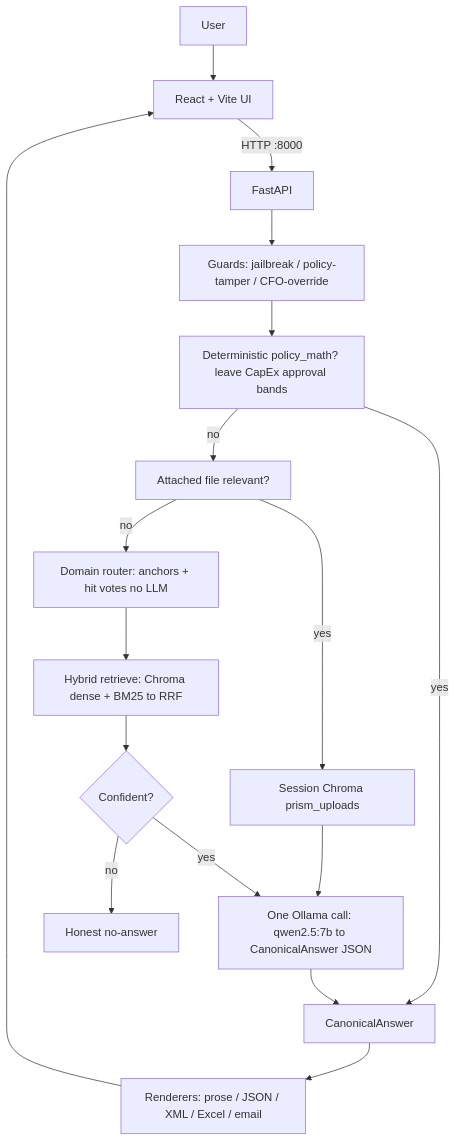
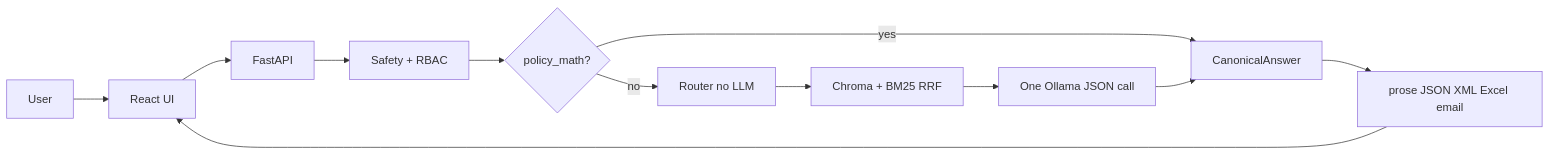
Before and after one commit to aryan-dani/Prism: the diagram in docs/assets/diagram_architecture.mmd, drawn with Mermaid. The commit also changed 48 other files, not shown here.

```diff
--- a/docs/assets/diagram_architecture.mmd
+++ b/docs/assets/diagram_architecture.mmd
@@ -1,17 +1,12 @@
-flowchart TD
-    User["User"] --> UI["React + Vite UI"]
-    UI -->|"HTTP :8000"| API["FastAPI"]
-    API --> Guards["Guards: jailbreak / policy-tamper / CFO-override"]
-    Guards --> PolicyMath["Deterministic policy_math? leave CapEx approval bands"]
-    PolicyMath -->|"yes"| Answer["CanonicalAnswer"]
-    PolicyMath -->|"no"| UploadGate["Attached file relevant?"]
-    UploadGate -->|"yes"| UploadRetrieve["Session Chroma prism_uploads"]
-    UploadGate -->|"no"| Router["Domain router: anchors + hit votes no LLM"]
-    Router --> Retrieve["Hybrid retrieve: Chroma dense + BM25 to RRF"]
-    UploadRetrieve --> Generate
-    Retrieve --> Confident{"Confident?"}
-    Confident -->|"no"| NoAnswer["Honest no-answer"]
-    Confident -->|"yes"| Generate["One Ollama call: qwen2.5:7b to CanonicalAnswer JSON"]
-    Generate --> Answer
-    Answer --> Renderers["Renderers: prose / JSON / XML / Excel / email"]
-    Renderers --> UI
+flowchart LR
+    User --> UI["React UI"]
+    UI --> API["FastAPI"]
+    API --> Guards["Safety + RBAC"]
+    Guards --> Math{"policy_math?"}
+    Math -->|yes| Answer["CanonicalAnswer"]
+    Math -->|no| Router["Router no LLM"]
+    Router --> Retrieve["Chroma + BM25 RRF"]
+    Retrieve --> Gen["One Ollama JSON call"]
+    Gen --> Answer
+    Answer --> Render["prose JSON XML Excel email"]
+    Render --> UI
```
